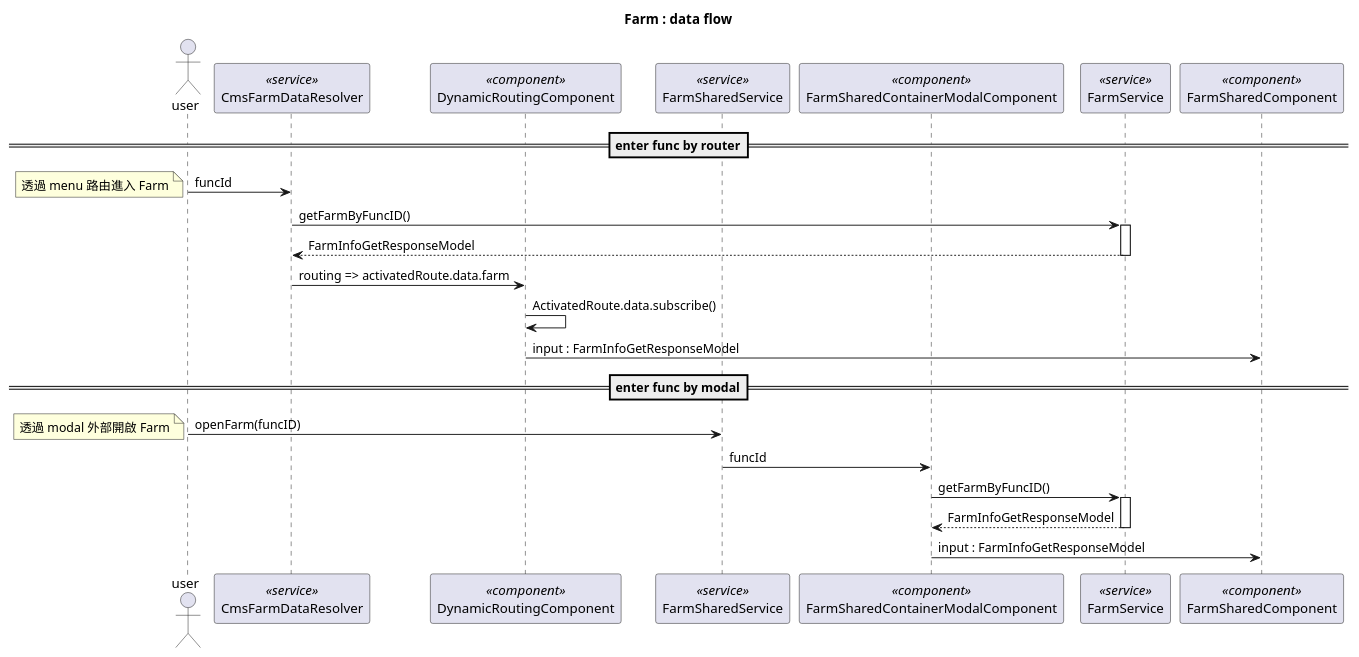
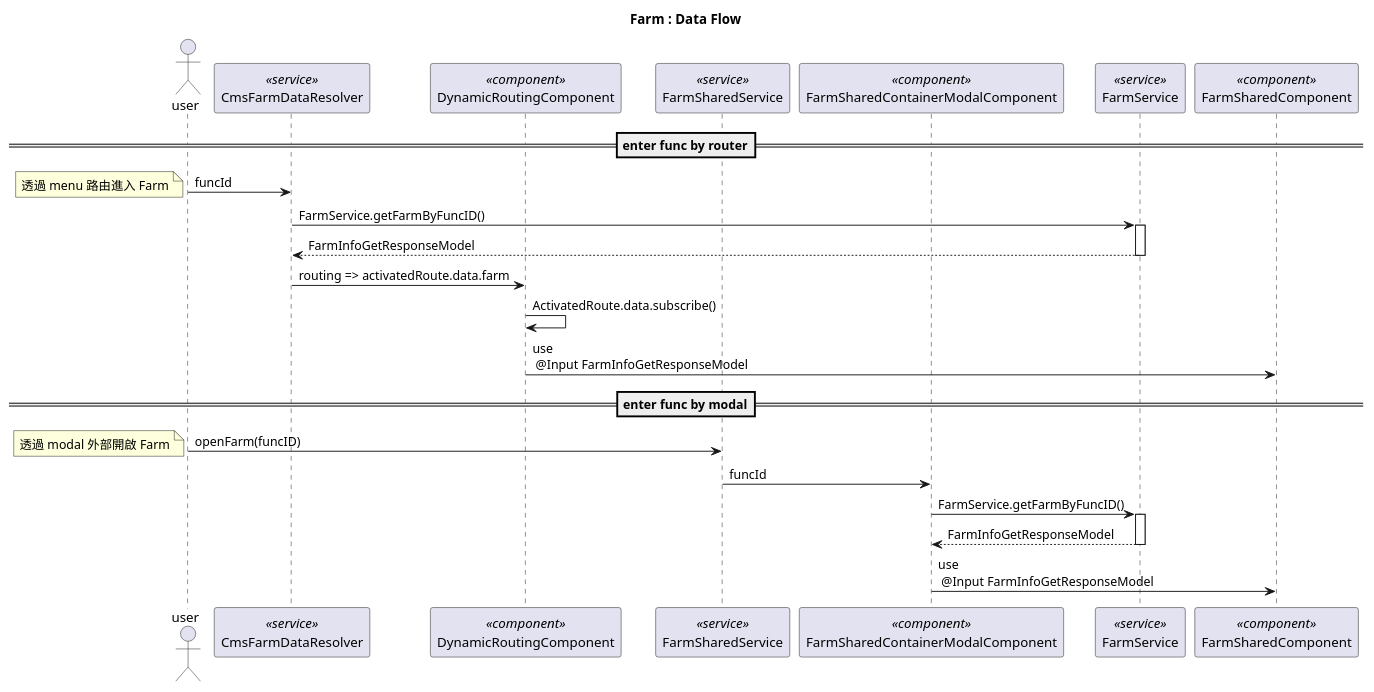
Before and after one commit to jef15938/CMS-4.0_FE-githubActions: the diagram in cms/diagram/farm/1.farm-data-flow.wsd, drawn with PlantUML. The commit also changed 7 other files, not shown here.

Commit message:
順序圖更新

```diff
--- a/cms/diagram/farm/1.farm-data-flow.wsd
+++ b/cms/diagram/farm/1.farm-data-flow.wsd
@@ -1,31 +1,31 @@
 @startuml
 
-Title Farm : data flow
+Title Farm : Data Flow
 actor user
 participant "CmsFarmDataResolver" as dataProviderRouter << service >>
 participant "DynamicRoutingComponent" as dynamicComp << component >>
 participant "FarmSharedService" as farmSharedService << service >>
 participant "FarmSharedContainerModalComponent" as dataProviderModal << component >>
 participant "FarmService" as farmService << service >>
 participant "FarmSharedComponent" as main << component >>
 
 ==enter func by router==
 user -> dataProviderRouter: funcId
 note left: 透過 menu 路由進入 Farm
-dataProviderRouter -> farmService: getFarmByFuncID()
+dataProviderRouter -> farmService: FarmService.getFarmByFuncID()
 activate farmService
 return FarmInfoGetResponseModel
 dataProviderRouter -> dynamicComp: routing => activatedRoute.data.farm
 dynamicComp -> dynamicComp : ActivatedRoute.data.subscribe()
-dynamicComp -> main: input : FarmInfoGetResponseModel
+dynamicComp -> main: use \n @Input FarmInfoGetResponseModel
 
 ==enter func by modal==
 user -> farmSharedService: openFarm(funcID)
 note left: 透過 modal 外部開啟 Farm
 farmSharedService -> dataProviderModal: funcId
-dataProviderModal -> farmService: getFarmByFuncID()
+dataProviderModal -> farmService: FarmService.getFarmByFuncID()
 activate farmService
 return FarmInfoGetResponseModel
-dataProviderModal -> main: input : FarmInfoGetResponseModel
+dataProviderModal -> main: use \n @Input FarmInfoGetResponseModel
 
 @enduml
```
